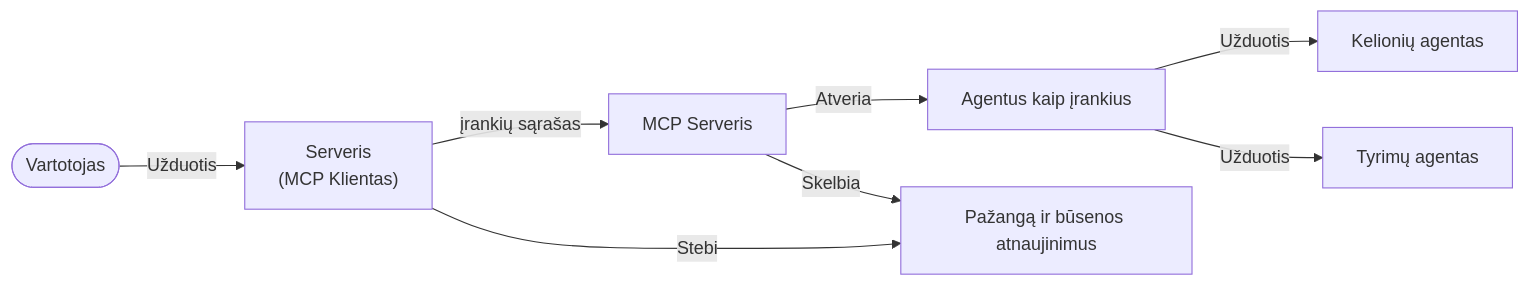
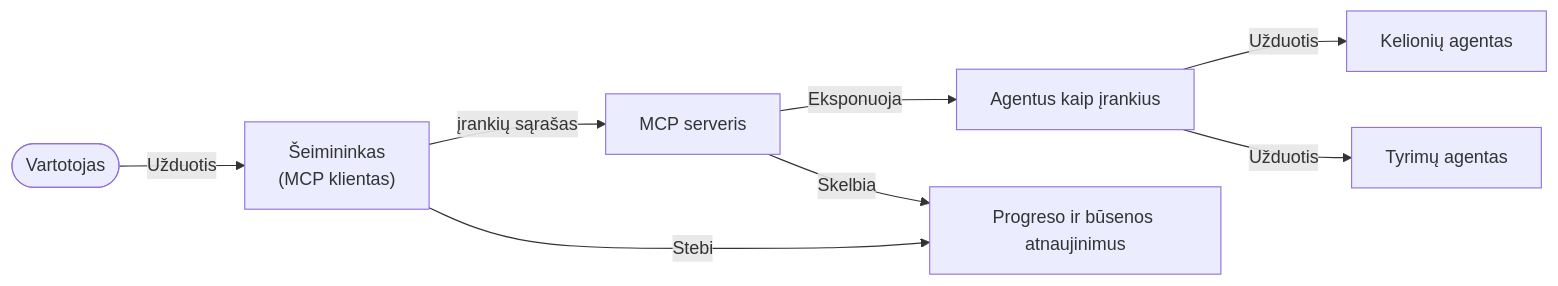
Before and after one commit to gabrielmoreira/agent-skills-mirror: the fifth of 5 diagrams in mirrors/repos/microsoft@ai-agents-for-beginners/translations/lt/11-agentic-protocols/code_samples/mcp-agents/README.md, drawn with Mermaid. The commit also changed other lines of this file and 4262 other files, not shown here.

````diff
--- a/mirrors/repos/microsoft@ai-agents-for-beginners/translations/lt/11-agentic-protocols/code_samples/mcp-agents/README.md
+++ b/mirrors/repos/microsoft@ai-agents-for-beginners/translations/lt/11-agentic-protocols/code_samples/mcp-agents/README.md
@@ -433,15 +448,15 @@
 ```mermaid
 graph LR
-    User([Vartotojas]) -->|"Užduotis"| Host["Serveris<br/>(MCP Klientas)"]
-    Host -->|įrankių sąrašas| Server[MCP Serveris]
-    Server -->|Atveria| AgentsTools[Agentus kaip įrankius]
+    User([Vartotojas]) -->|"Užduotis"| Host["Šeimininkas<br/>(MCP klientas)"]
+    Host -->|įrankių sąrašas| Server[MCP serveris]
+    Server -->|Eksponuoja| AgentsTools[Agentus kaip įrankius]
     AgentsTools -->|Užduotis| AgentA[Kelionių agentas]
     AgentsTools -->|Užduotis| AgentB[Tyrimų agentas]
 
-    Host -->|Stebi| StateUpdates[Pažangą ir būsenos atnaujinimus]
+    Host -->|Stebi| StateUpdates[Progreso ir būsenos atnaujinimus]
     Server -->|Skelbia| StateUpdates
 
     class User user;
     class AgentA,AgentB agent;
     class Host,Server,StateUpdates core;
 ```
````
